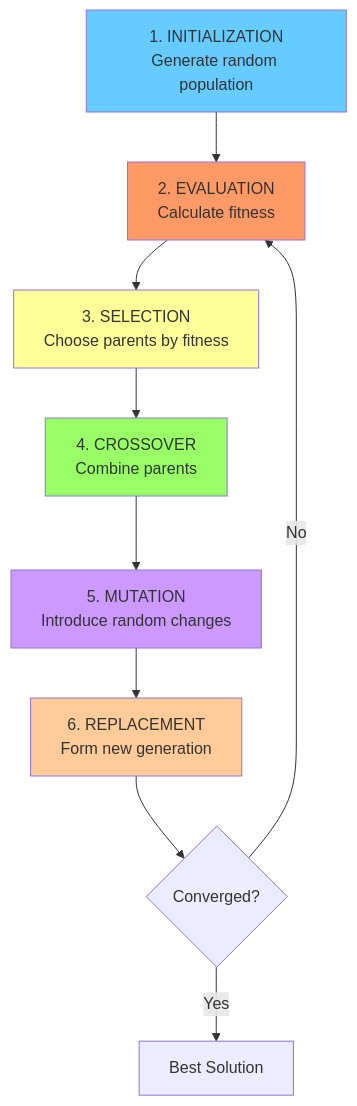
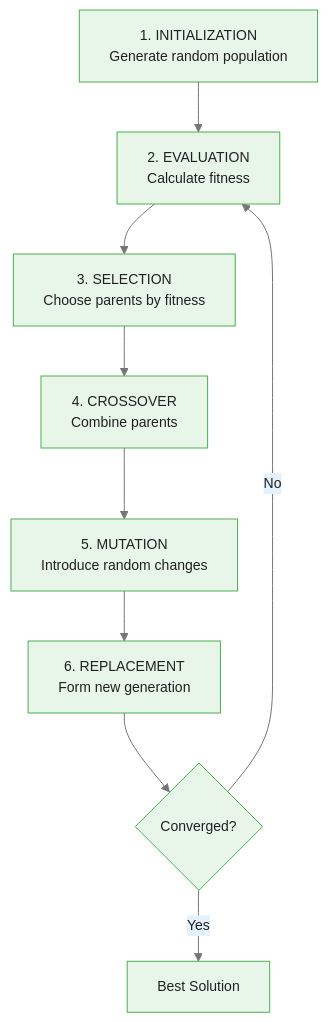
Before and after one commit to m-deane/course-creator: the first of 4 diagrams in courses/genetic-algorithms-feature-selection/modules/module_01_ga_fundamentals/guides/01_ga_components_slides.md, drawn with Mermaid. The commit also changed other lines of this file and 52 other files, not shown here.

````diff
--- a/courses/genetic-algorithms-feature-selection/modules/module_01_ga_fundamentals/guides/01_ga_components_slides.md
+++ b/courses/genetic-algorithms-feature-selection/modules/module_01_ga_fundamentals/guides/01_ga_components_slides.md
@@ -23,17 +23,12 @@
 ```mermaid
+%%{init: {"theme": "base", "themeVariables": {"primaryColor": "#e8f5e9", "primaryBorderColor": "#4caf50", "primaryTextColor": "#212121", "secondaryColor": "#e3f2fd", "tertiaryColor": "#fff8e1", "lineColor": "#757575", "fontFamily": "Inter, sans-serif", "fontSize": "14px"}}}%%
 flowchart TD
     A["1. INITIALIZATION<br/>Generate random population"] --> B["2. EVALUATION<br/>Calculate fitness"]
     B --> C["3. SELECTION<br/>Choose parents by fitness"]
     C --> D["4. CROSSOVER<br/>Combine parents"]
     D --> E["5. MUTATION<br/>Introduce random changes"]
     E --> F["6. REPLACEMENT<br/>Form new generation"]
     F --> G{Converged?}
     G -->|No| B
     G -->|Yes| H[Best Solution]
-    style A fill:#6cf
-    style B fill:#f96
-    style C fill:#ff9
-    style D fill:#9f6
-    style E fill:#c9f
-    style F fill:#fc9
 ```
````
